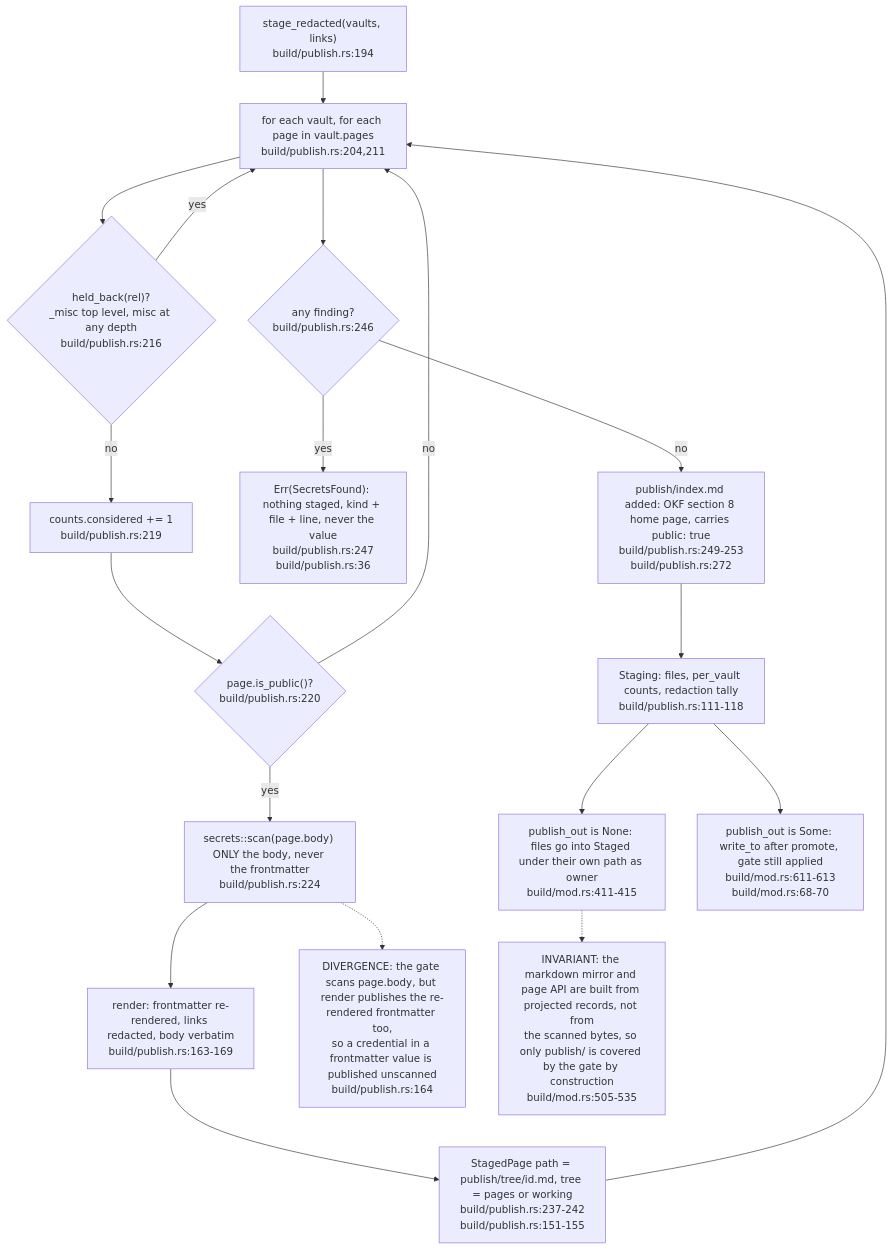
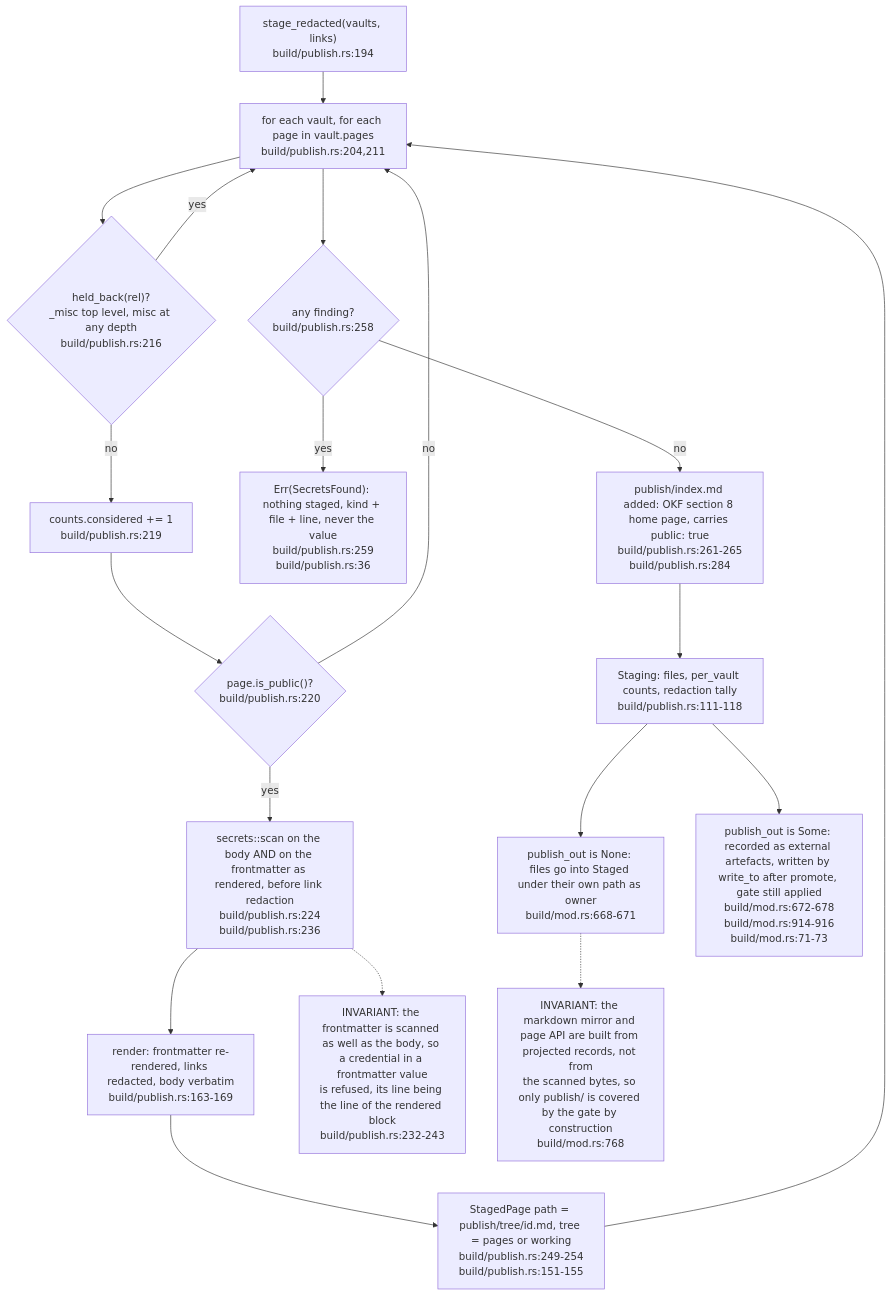
The fourth of 7 diagrams in docs/diagrams/ontomark/03-build-run-gates-staging-and-generation.md (DreamLab-AI/VisionFlow), drawn with Mermaid before and after one commit. The commit also changed other lines of this file and 10 other files, not shown here.

First line of the commit message:
docs(diagrams): re-stamp the ontomark corpus at ee9e04a; OM-06 machine scope and ingest contract

````diff
--- a/docs/diagrams/ontomark/03-build-run-gates-staging-and-generation.md
+++ b/docs/diagrams/ontomark/03-build-run-gates-staging-and-generation.md
@@ -131,31 +141,31 @@
 ```mermaid
 flowchart TD
     IN["stage_redacted(vaults, links)<br/>build/publish.rs:194"]
     LOOP["for each vault, for each page in vault.pages<br/>build/publish.rs:204,211"]
     HB{"held_back(rel)?<br/>_misc top level, misc at any depth<br/>build/publish.rs:216"}
     CONS["counts.considered += 1<br/>build/publish.rs:219"]
     PUBQ{"page.is_public()?<br/>build/publish.rs:220"}
-    SCAN["secrets::scan(page.body) ONLY the body, never the frontmatter<br/>build/publish.rs:224"]
+    SCAN["secrets::scan on the body AND on the frontmatter as rendered, before link redaction<br/>build/publish.rs:224<br/>build/publish.rs:236"]
     REND["render: frontmatter re-rendered, links redacted, body verbatim<br/>build/publish.rs:163-169"]
-    PUSH["StagedPage path = publish/tree/id.md, tree = pages or working<br/>build/publish.rs:237-242<br/>build/publish.rs:151-155"]
-    FIND{"any finding?<br/>build/publish.rs:246"}
-    ERR["Err(SecretsFound): nothing staged, kind + file + line, never the value<br/>build/publish.rs:247<br/>build/publish.rs:36"]
-    IDX["publish/index.md added: OKF section 8 home page, carries public: true<br/>build/publish.rs:249-253<br/>build/publish.rs:272"]
+    PUSH["StagedPage path = publish/tree/id.md, tree = pages or working<br/>build/publish.rs:249-254<br/>build/publish.rs:151-155"]
+    FIND{"any finding?<br/>build/publish.rs:258"}
+    ERR["Err(SecretsFound): nothing staged, kind + file + line, never the value<br/>build/publish.rs:259<br/>build/publish.rs:36"]
+    IDX["publish/index.md added: OKF section 8 home page, carries public: true<br/>build/publish.rs:261-265<br/>build/publish.rs:284"]
     RET["Staging: files, per_vault counts, redaction tally<br/>build/publish.rs:111-118"]
-    BUN["publish_out is None: files go into Staged under their own path as owner<br/>build/mod.rs:411-415"]
-    SEP["publish_out is Some: write_to after promote, gate still applied<br/>build/mod.rs:611-613<br/>build/mod.rs:68-70"]
-    N1["DIVERGENCE: the gate scans page.body, but render publishes the re-rendered frontmatter too,<br/>so a credential in a frontmatter value is published unscanned<br/>build/publish.rs:164"]
-    N2["INVARIANT: the markdown mirror and page API are built from projected records, not from<br/>the scanned bytes, so only publish/ is covered by the gate by construction<br/>build/mod.rs:505-535"]
+    BUN["publish_out is None: files go into Staged under their own path as owner<br/>build/mod.rs:668-671"]
+    SEP["publish_out is Some: recorded as external artefacts, written by write_to after promote, gate still applied<br/>build/mod.rs:672-678<br/>build/mod.rs:914-916<br/>build/mod.rs:71-73"]
+    N1["INVARIANT: the frontmatter is scanned as well as the body, so a credential in a frontmatter value<br/>is refused, its line being the line of the rendered block<br/>build/publish.rs:232-243"]
+    N2["INVARIANT: the markdown mirror and page API are built from projected records, not from<br/>the scanned bytes, so only publish/ is covered by the gate by construction<br/>build/mod.rs:768"]
     IN --> LOOP --> HB
     HB -- yes --> LOOP
     HB -- no --> CONS --> PUBQ
     PUBQ -- no --> LOOP
     PUBQ -- yes --> SCAN --> REND --> PUSH --> LOOP
     LOOP --> FIND
     FIND -- yes --> ERR
     FIND -- no --> IDX --> RET
     RET --> BUN
     RET --> SEP
     SCAN -.-> N1
     BUN -.-> N2
 ```
````
